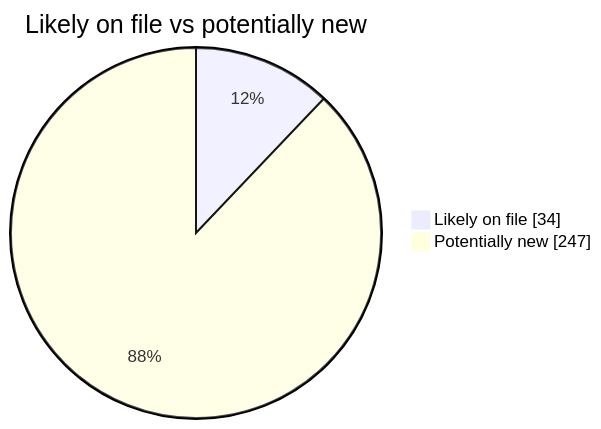
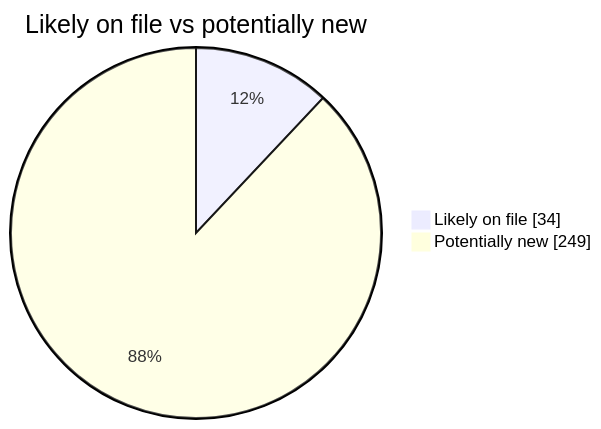
Before and after one commit to martinbalfanz/social-scanner-reports: the second of 4 diagrams in README.md, drawn with Mermaid. The commit also changed other lines of this file and 2 other files, not shown here.

````diff
--- a/README.md
+++ b/README.md
@@ -40,5 +40,5 @@
 ```mermaid
 pie showData title Likely on file vs potentially new
     "Likely on file" : 34
-    "Potentially new" : 247
+    "Potentially new" : 249
 ```
````
